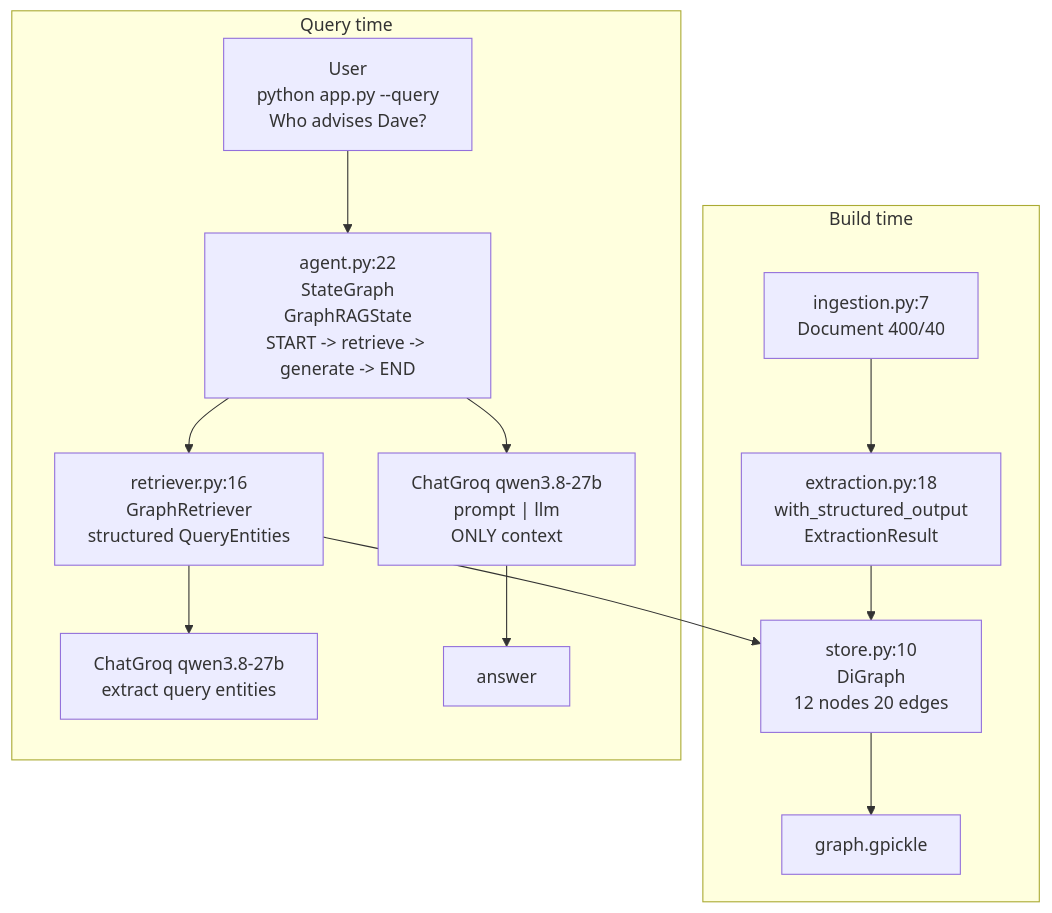
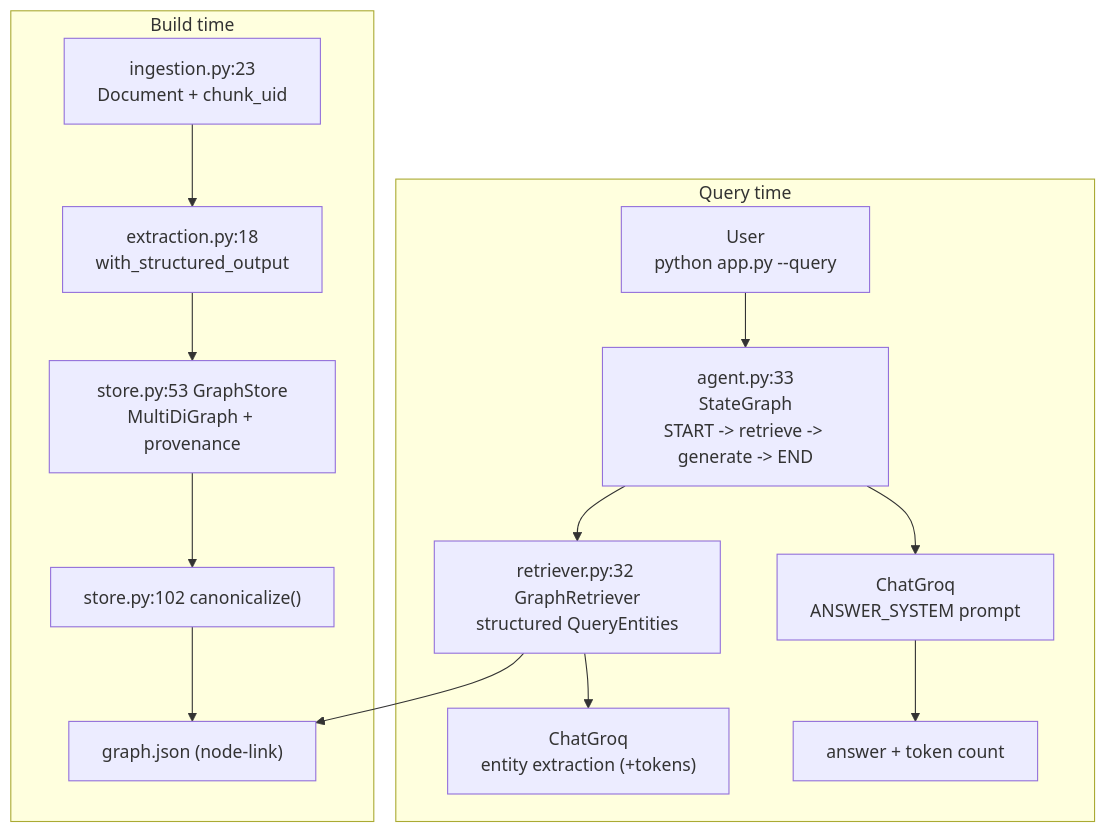
The seventh of 7 diagrams in README.md (manishwvn/graph_rag), drawn with Mermaid before and after one commit. The commit also changed other lines of this file and 30 other files, not shown here.

First line of the commit message:
feat: vector vs graph RAG comparison, with a corrected evaluation

````diff
--- a/README.md
+++ b/README.md
@@ -116,16 +152,17 @@
 ```mermaid
 graph TD
   subgraph BuildTime["Build time"]
-    ING3["ingestion.py:7<br/>Document 400/40"] --> EXT3["extraction.py:18<br/>with_structured_output<br/>ExtractionResult"]
-    EXT3 --> STORE2["store.py:10<br/>DiGraph<br/>12 nodes 20 edges"]
-    STORE2 --> PKL2["graph.gpickle"]
+    ING3["ingestion.py:23<br/>Document + chunk_uid"] --> EXT3["extraction.py:18<br/>with_structured_output"]
+    EXT3 --> STORE2["store.py:53 GraphStore<br/>MultiDiGraph + provenance"]
+    STORE2 --> CAN2["store.py:102 canonicalize()"]
+    CAN2 --> JS2["graph.json (node-link)"]
   end
   subgraph QueryTime["Query time"]
-    USER["User<br/>python app.py --query<br/>Who advises Dave?"] --> AGENT2["agent.py:22<br/>StateGraph<br/>GraphRAGState<br/>START -> retrieve -> generate -> END"]
-    AGENT2 --> RET3["retriever.py:16<br/>GraphRetriever<br/>structured QueryEntities"]
-    RET3 --> LLM1["ChatGroq qwen3.8-27b<br/>extract query entities"]
-    RET3 --> STORE2
-    AGENT2 --> LLM2["ChatGroq qwen3.8-27b<br/>prompt | llm<br/>ONLY context"]
-    LLM2 --> ANS2["answer"]
+    USER["User<br/>python app.py --query"] --> AGENT2["agent.py:33<br/>StateGraph<br/>START -> retrieve -> generate -> END"]
+    AGENT2 --> RET3["retriever.py:32 GraphRetriever<br/>structured QueryEntities"]
+    RET3 --> LLM1["ChatGroq<br/>entity extraction (+tokens)"]
+    RET3 --> JS2
+    AGENT2 --> LLM2["ChatGroq<br/>ANSWER_SYSTEM prompt"]
+    LLM2 --> ANS2["answer + token count"]
   end
 ```
````
